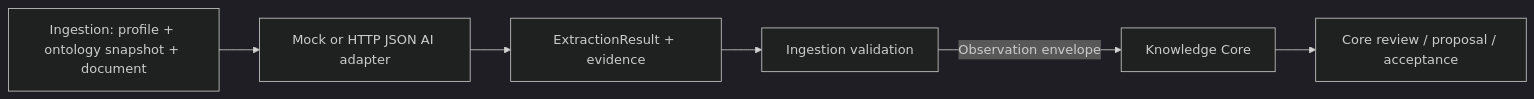
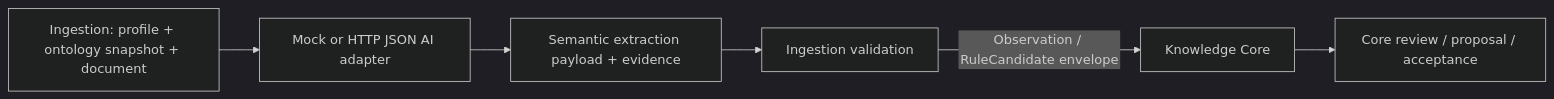
The diagram in docs/ai-boundaries.md (artemnoor/andromeda-knowledge-core), drawn with Mermaid (dark theme) before and after one commit. The commit also changed 3 other files, not shown here.

````diff
--- a/docs/ai-boundaries.md
+++ b/docs/ai-boundaries.md
@@ -9,8 +9,8 @@
 ```mermaid
 flowchart LR
   Ingestion[Ingestion: profile + ontology snapshot + document] --> AI[Mock or HTTP JSON AI adapter]
-  AI --> Candidates[ExtractionResult + evidence]
+  AI --> Candidates[Semantic extraction payload + evidence]
   Candidates --> Validation[Ingestion validation]
-  Validation -->|Observation envelope| Core[Knowledge Core]
+  Validation -->|Observation / RuleCandidate envelope| Core[Knowledge Core]
   Core --> Review[Core review / proposal / acceptance]
 ```
````
